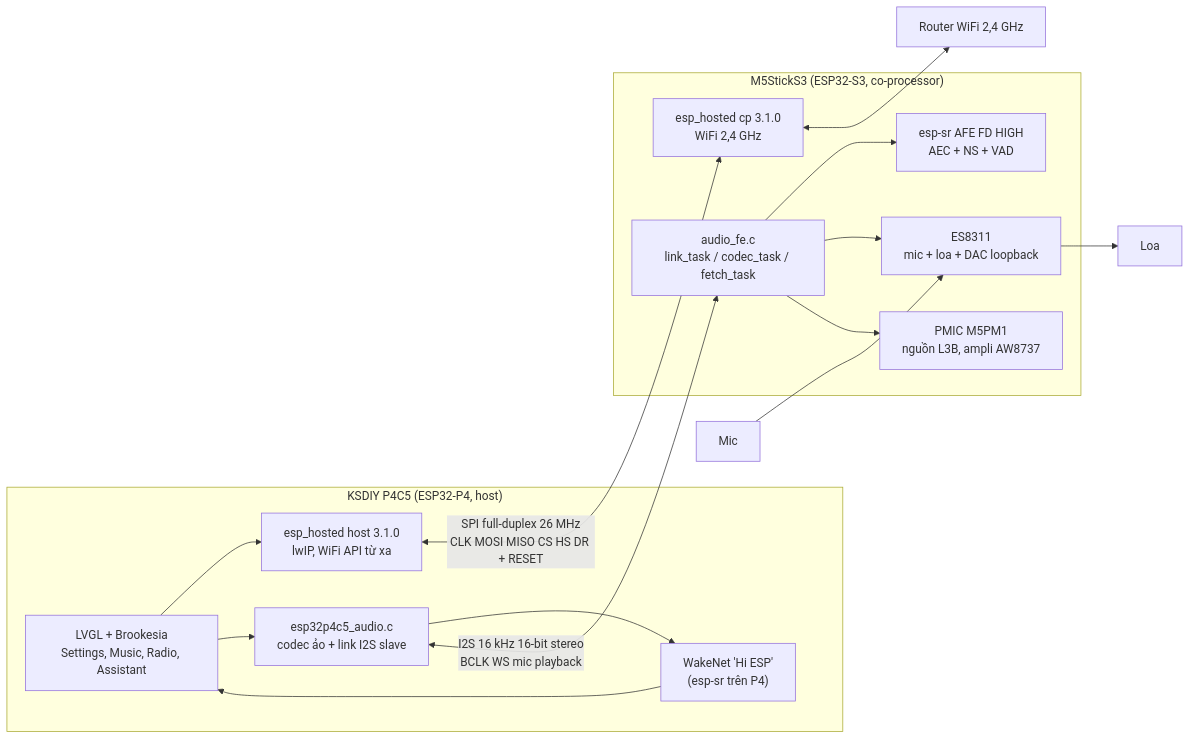
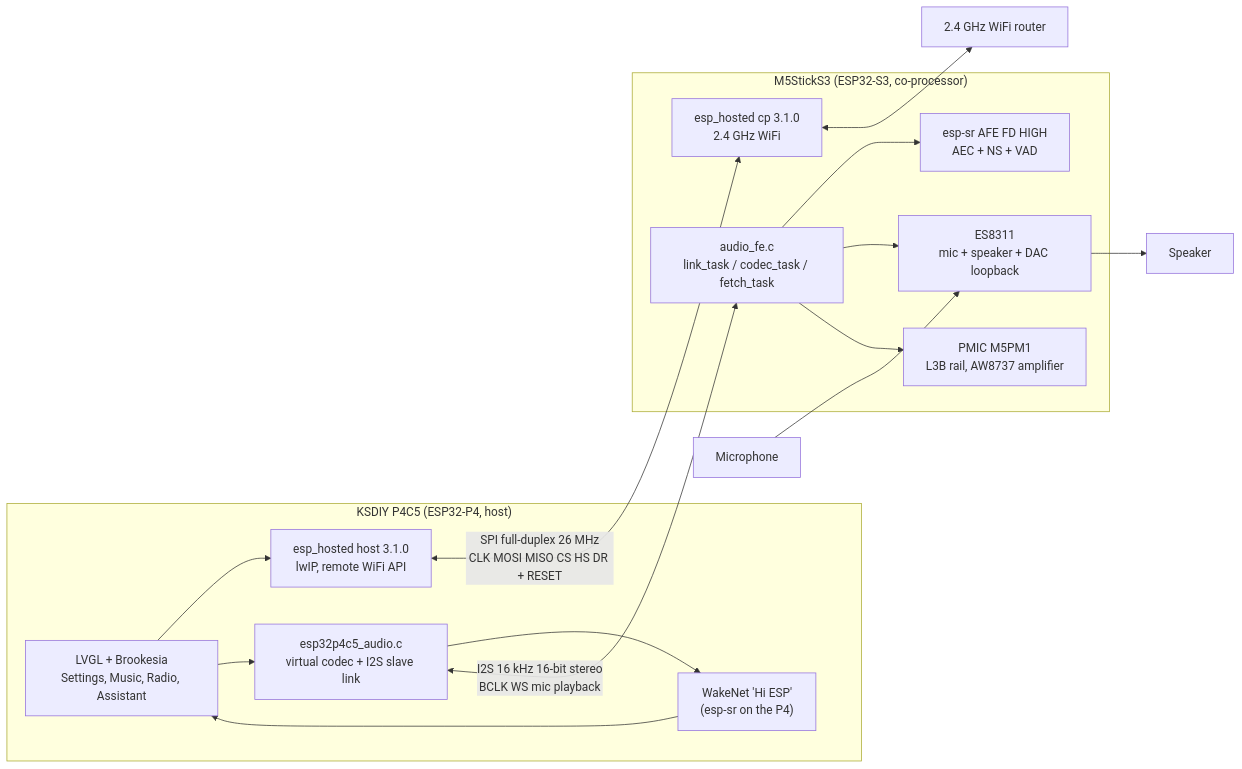
Before and after one commit to ngttai/p4c5_sticks3_coprocessor: the first of 2 diagrams in docs/ARCHITECTURE.md, drawn with Mermaid. The commit also changed other lines of this file and 45 other files, not shown here.

````diff
--- a/docs/ARCHITECTURE.md
+++ b/docs/ARCHITECTURE.md
@@ -9,34 +9,34 @@
 ```mermaid
 flowchart LR
     subgraph P4["KSDIY P4C5 (ESP32-P4, host)"]
         UI["LVGL + Brookesia<br/>Settings, Music, Radio, Assistant"]
-        WN["WakeNet 'Hi ESP'<br/>(esp-sr trên P4)"]
-        NET["esp_hosted host 3.1.0<br/>lwIP, WiFi API từ xa"]
-        BSPA["esp32p4c5_audio.c<br/>codec ảo + link I2S slave"]
+        WN["WakeNet 'Hi ESP'<br/>(esp-sr on the P4)"]
+        NET["esp_hosted host 3.1.0<br/>lwIP, remote WiFi API"]
+        BSPA["esp32p4c5_audio.c<br/>virtual codec + I2S slave link"]
         UI --> NET
         UI --> BSPA
         WN --> UI
         BSPA --> WN
     end
 
     subgraph S3["M5StickS3 (ESP32-S3, co-processor)"]
-        CP["esp_hosted cp 3.1.0<br/>WiFi 2,4 GHz"]
+        CP["esp_hosted cp 3.1.0<br/>2.4 GHz WiFi"]
         FE["audio_fe.c<br/>link_task / codec_task / fetch_task"]
         AFE["esp-sr AFE FD HIGH<br/>AEC + NS + VAD"]
-        ES["ES8311<br/>mic + loa + DAC loopback"]
-        PM["PMIC M5PM1<br/>nguồn L3B, ampli AW8737"]
+        ES["ES8311<br/>mic + speaker + DAC loopback"]
+        PM["PMIC M5PM1<br/>L3B rail, AW8737 amplifier"]
         FE --> AFE
         FE --> ES
         FE --> PM
     end
 
-    AP["Router WiFi 2,4 GHz"]
-    SPK["Loa"]
-    MIC["Mic"]
+    AP["2.4 GHz WiFi router"]
+    SPK["Speaker"]
+    MIC["Microphone"]
 
     NET <-->|"SPI full-duplex 26 MHz<br/>CLK MOSI MISO CS HS DR + RESET"| CP
     BSPA <-->|"I2S 16 kHz 16-bit stereo<br/>BCLK WS mic playback"| FE
     CP <--> AP
     ES --> SPK
     MIC --> ES
 ```
````
